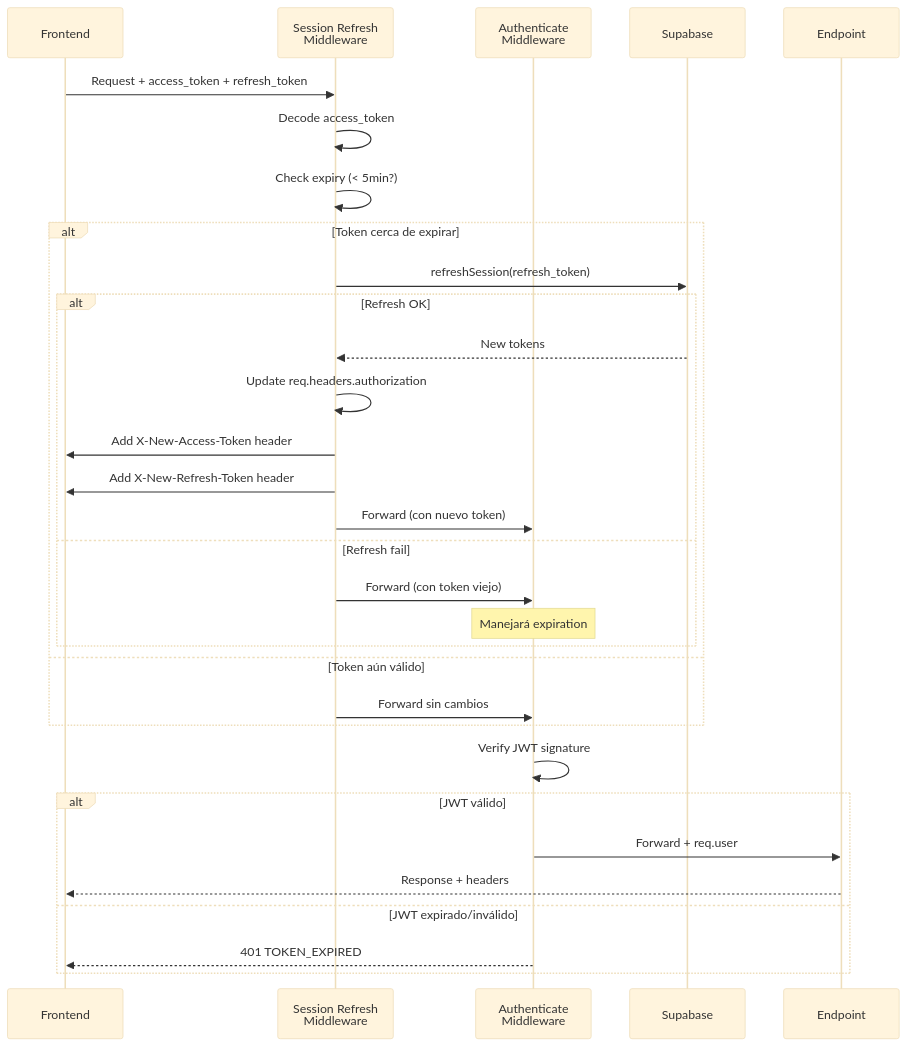
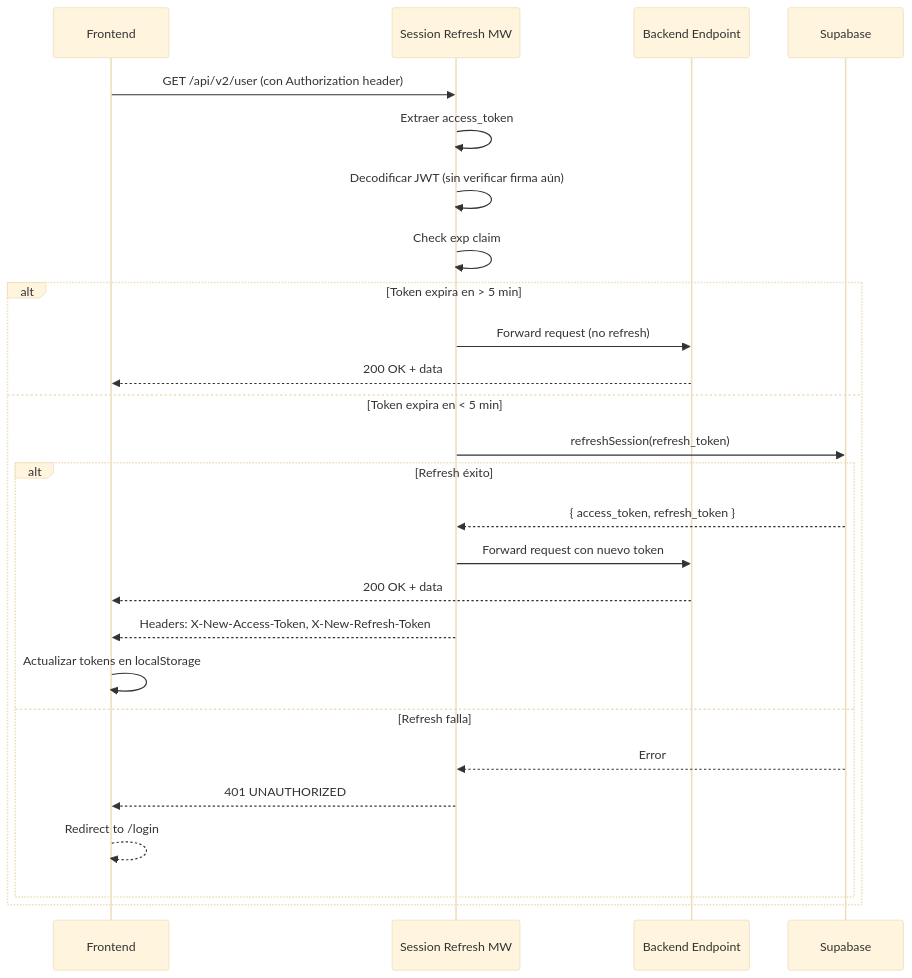
Before and after one commit to Eibon7/roastr-ai: the second of 3 diagrams in docs/nodes-v2/auth/session-management.md, drawn with Mermaid (base theme). The commit also changed other lines of this file and 16 other files, not shown here.

First line of the commit message:
feat(ROA-403): Complete Auth Infra v2 - sessionRefresh, health endpoint, OAuth infra (#1233)

````diff
--- a/docs/nodes-v2/auth/session-management.md
+++ b/docs/nodes-v2/auth/session-management.md
@@ -114,38 +156,31 @@
 ```mermaid
 sequenceDiagram
-    participant Frontend
-    participant SessionMW as Session Refresh<br/>Middleware
-    participant AuthMW as Authenticate<br/>Middleware
-    participant Supabase
-    participant Endpoint
+    participant F as Frontend
+    participant MW as Session Refresh MW
+    participant API as Backend Endpoint
+    participant SB as Supabase
 
-    Frontend->>SessionMW: Request + access_token + refresh_token
-    SessionMW->>SessionMW: Decode access_token
-    SessionMW->>SessionMW: Check expiry (< 5min?)
+    F->>MW: GET /api/v2/user (con Authorization header)
+    MW->>MW: Extraer access_token
+    MW->>MW: Decodificar JWT (sin verificar firma aún)
+    MW->>MW: Check exp claim
     
-    alt Token cerca de expirar
-        SessionMW->>Supabase: refreshSession(refresh_token)
+    alt Token expira en > 5 min
+        MW->>API: Forward request (no refresh)
+        API-->>F: 200 OK + data
+    else Token expira en < 5 min
+        MW->>SB: refreshSession(refresh_token)
         
-        alt Refresh OK
-            Supabase-->>SessionMW: New tokens
-            SessionMW->>SessionMW: Update req.headers.authorization
-            SessionMW->>Frontend: Add X-New-Access-Token header
-            SessionMW->>Frontend: Add X-New-Refresh-Token header
-            SessionMW->>AuthMW: Forward (con nuevo token)
-        else Refresh fail
-            SessionMW->>AuthMW: Forward (con token viejo)
-            Note over AuthMW: Manejará expiration
+        alt Refresh éxito
+            SB-->>MW: { access_token, refresh_token }
+            MW->>API: Forward request con nuevo token
+            API-->>F: 200 OK + data
+            MW-->>F: Headers: X-New-Access-Token, X-New-Refresh-Token
+            F->>F: Actualizar tokens en localStorage
+        else Refresh falla
+            SB-->>MW: Error
+            MW-->>F: 401 UNAUTHORIZED
+            F-->>F: Redirect to /login
         end
-    else Token aún válido
-        SessionMW->>AuthMW: Forward sin cambios
-    end
-    
-    AuthMW->>AuthMW: Verify JWT signature
-    
-    alt JWT válido
-        AuthMW->>Endpoint: Forward + req.user
-        Endpoint-->>Frontend: Response + headers
-    else JWT expirado/inválido
-        AuthMW-->>Frontend: 401 TOKEN_EXPIRED
     end
 ```
````
